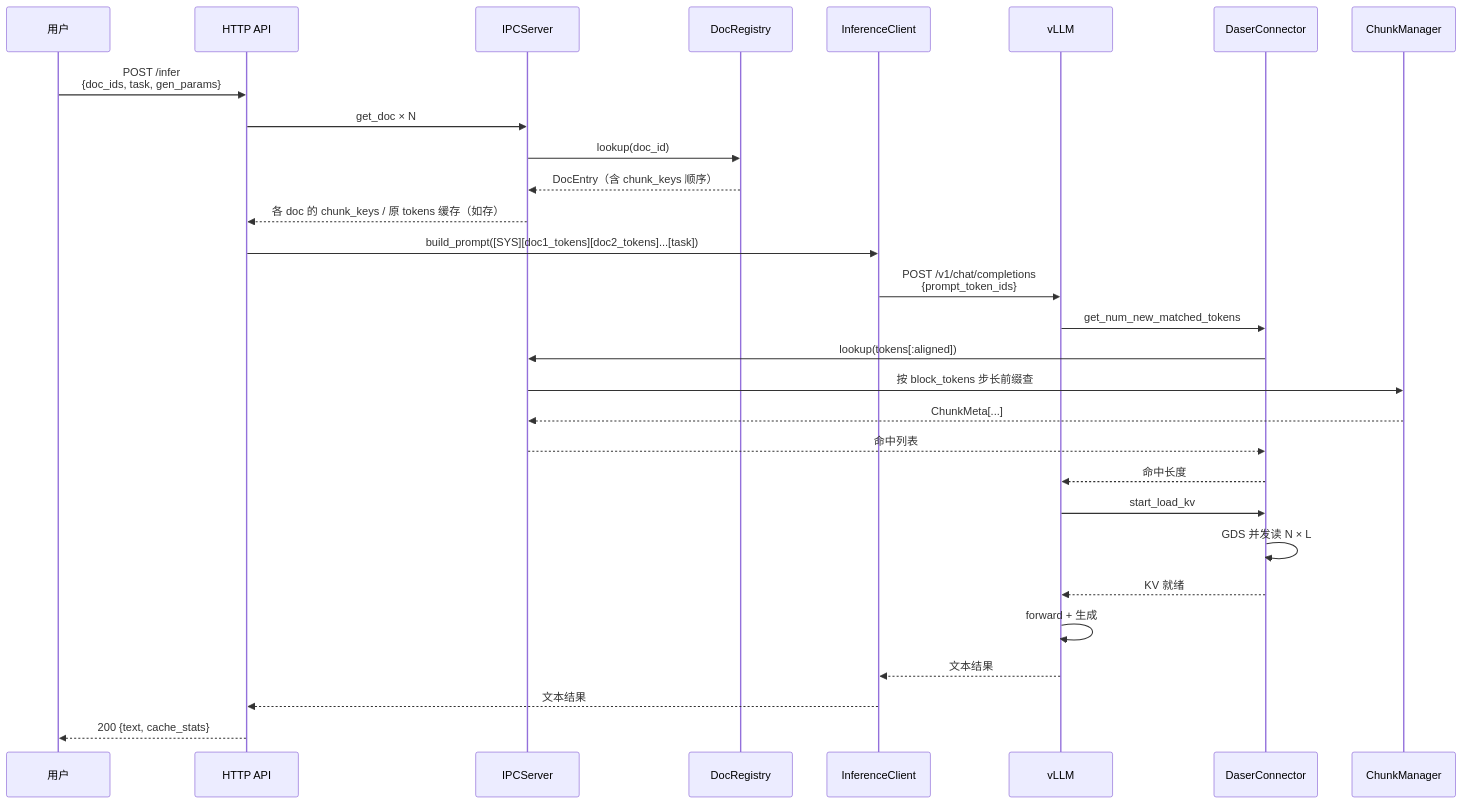
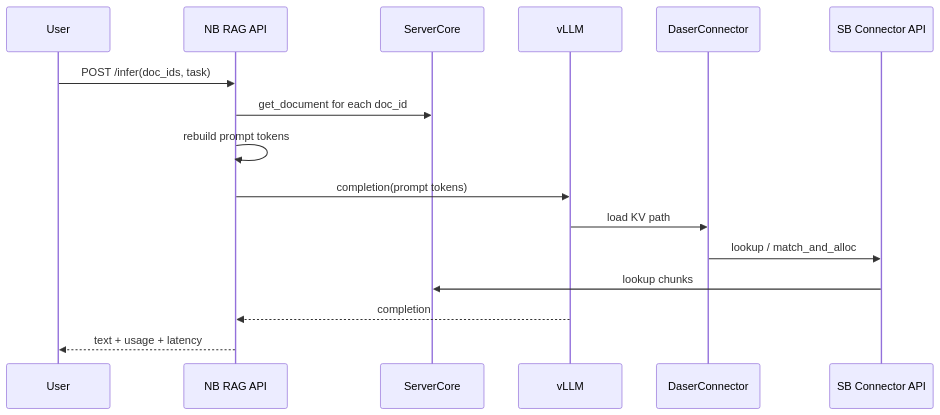
One commit to GentleCold/DaseR changed the third of 3 diagrams in docs/design/serve.md. Above: the diagram before and after it, drawn with Mermaid. The commit also changed other lines of this file and 27 other files, not shown here.

````diff
--- a/docs/design/serve.md
+++ b/docs/design/serve.md
@@ -236,34 +180,19 @@
 ```mermaid
 sequenceDiagram
-    participant U as 用户
-    participant H as HTTP API
-    participant I as IPCServer
-    participant DR as DocRegistry
-    participant F as InferenceClient
+    participant U as User
+    participant NB as NB RAG API
+    participant C as ServerCore
     participant V as vLLM
-    participant D as DaserConnector
-    participant CM as ChunkManager
+    participant DC as DaserConnector
+    participant SB as SB Connector API
 
-    U->>H: POST /infer<br/>{doc_ids, task, gen_params}
-    H->>I: get_doc × N
-    I->>DR: lookup(doc_id)
-    DR-->>I: DocEntry（含 chunk_keys 顺序）
-    I-->>H: 各 doc 的 chunk_keys / 原 tokens 缓存（如存）
-
-    H->>F: build_prompt([SYS][doc1_tokens][doc2_tokens]...[task])
-    F->>V: POST /v1/chat/completions<br/>{prompt_token_ids}
-
-    V->>D: get_num_new_matched_tokens
-    D->>I: lookup(tokens[:aligned])
-    I->>CM: 按 block_tokens 步长前缀查
-    CM-->>I: ChunkMeta[...]
-    I-->>D: 命中列表
-    D-->>V: 命中长度
-    V->>D: start_load_kv
-    D->>D: GDS 并发读 N × L
-    D-->>V: KV 就绪
-    V->>V: forward + 生成
-    V-->>F: 文本结果
-    F-->>H: 文本结果
-    H-->>U: 200 {text, cache_stats}
+    U->>NB: POST /infer(doc_ids, task)
+    NB->>C: get_document for each doc_id
+    NB->>NB: rebuild prompt tokens
+    NB->>V: completion(prompt tokens)
+    V->>DC: load KV path
+    DC->>SB: lookup / match_and_alloc
+    SB->>C: lookup chunks
+    V-->>NB: completion
+    NB-->>U: text + usage + latency
 ```
````
